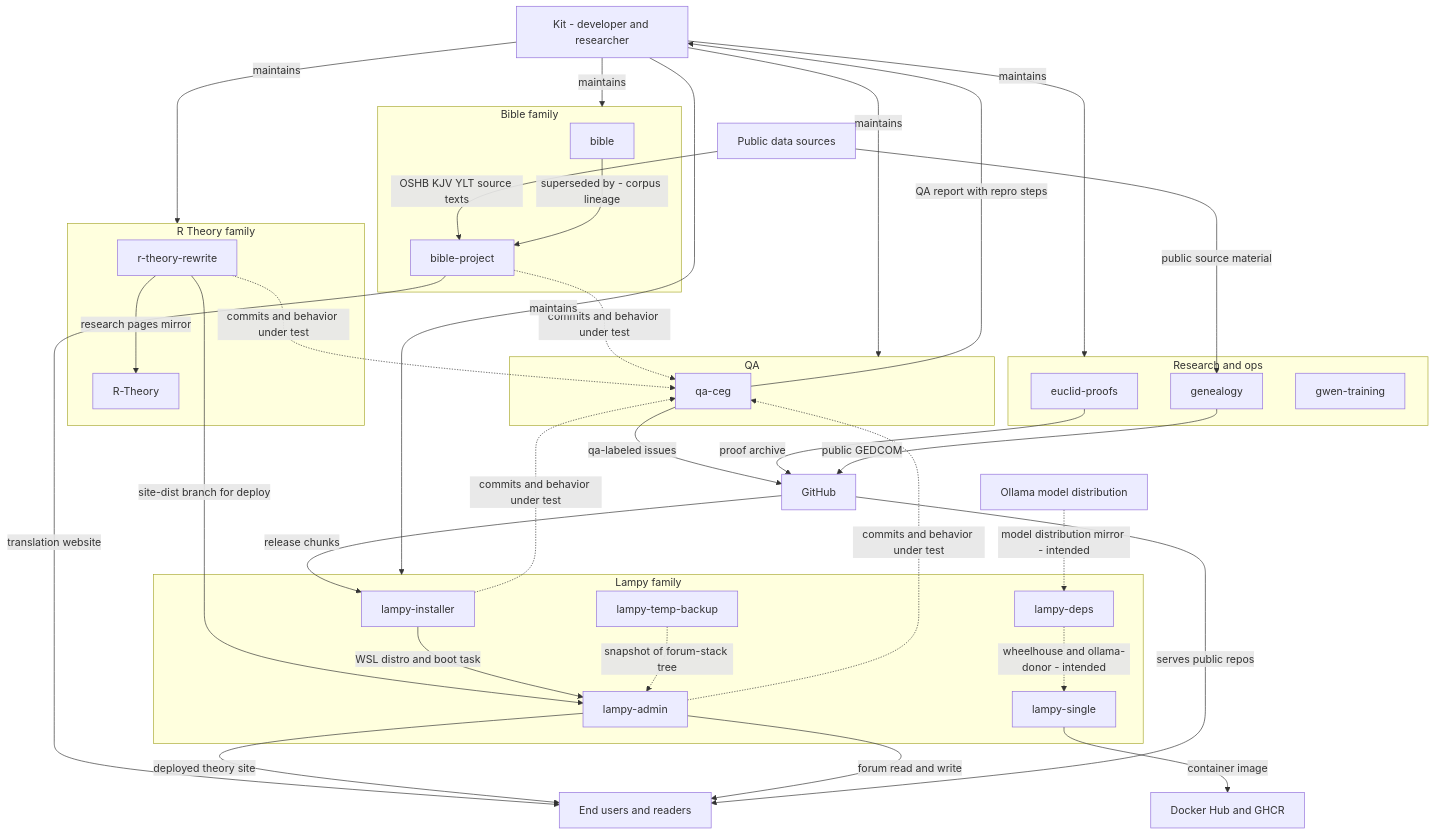
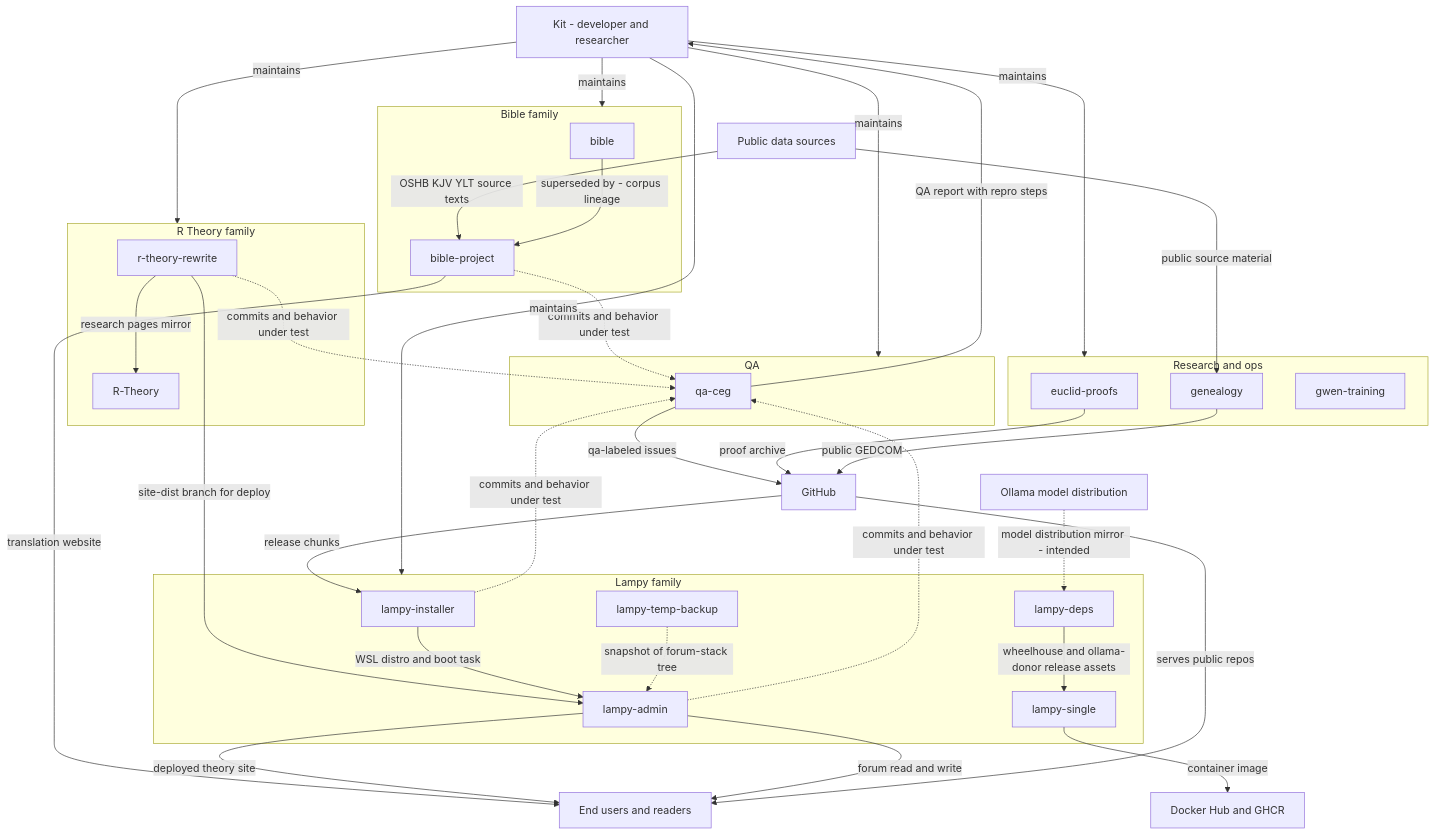
Before and after one commit to cosbykit-afk/cosbykit-afk: the first of 2 diagrams in docs/system.md, drawn with Mermaid. The commit also changed other lines of this file, not shown here.

Commit message:
docs: system-wide view — lampy-deps release assets now supply lampy-single (observed)

````diff
--- a/docs/system.md
+++ b/docs/system.md
@@ -17,68 +17,68 @@
 ```mermaid
 flowchart TB
     Kit["Kit - developer and researcher"]
     Readers["End users and readers"]
     GH["GitHub"]
     DH["Docker Hub and GHCR"]
     SRC["Public data sources"]
     OLL["Ollama model distribution"]
 
     subgraph BIBLEFAM["Bible family"]
         bible["bible"]
         bibleproj["bible-project"]
     end
     subgraph RTFAM["R Theory family"]
         rtrewrite["r-theory-rewrite"]
         rtheory["R-Theory"]
     end
     subgraph LAMPYFAM["Lampy family"]
         installer["lampy-installer"]
         admin["lampy-admin"]
         single["lampy-single"]
         deps["lampy-deps"]
         tempbackup["lampy-temp-backup"]
     end
     subgraph QAFAM["QA"]
         qaceg["qa-ceg"]
     end
     subgraph RESFAM["Research and ops"]
         euclid["euclid-proofs"]
         genealogy["genealogy"]
         gwentrain["gwen-training"]
     end
 
     Kit -->|"maintains"| BIBLEFAM
     Kit -->|"maintains"| RTFAM
     Kit -->|"maintains"| LAMPYFAM
     Kit -->|"maintains"| QAFAM
     Kit -->|"maintains"| RESFAM
 
     SRC -->|"OSHB KJV YLT source texts"| bibleproj
     SRC -->|"public source material"| genealogy
 
     bible -->|"superseded by - corpus lineage"| bibleproj
     bibleproj -->|"translation website"| Readers
 
     rtrewrite -->|"research pages mirror"| rtheory
     rtrewrite -->|"site-dist branch for deploy"| admin
     admin -->|"deployed theory site"| Readers
     admin -->|"forum read and write"| Readers
 
     GH -->|"release chunks"| installer
     installer -->|"WSL distro and boot task"| admin
     single -->|"container image"| DH
-    deps -.->|"wheelhouse and ollama-donor - intended"| single
+    deps -->|"wheelhouse and ollama-donor release assets"| single
     OLL -.->|"model distribution mirror - intended"| deps
     tempbackup -.->|"snapshot of forum-stack tree"| admin
 
     qaceg -->|"qa-labeled issues"| GH
     qaceg -->|"QA report with repro steps"| Kit
     rtrewrite -.->|"commits and behavior under test"| qaceg
     bibleproj -.->|"commits and behavior under test"| qaceg
     admin -.->|"commits and behavior under test"| qaceg
     installer -.->|"commits and behavior under test"| qaceg
 
     euclid -->|"proof archive"| GH
     genealogy -->|"public GEDCOM"| GH
     GH -->|"serves public repos"| Readers
 ```
````
